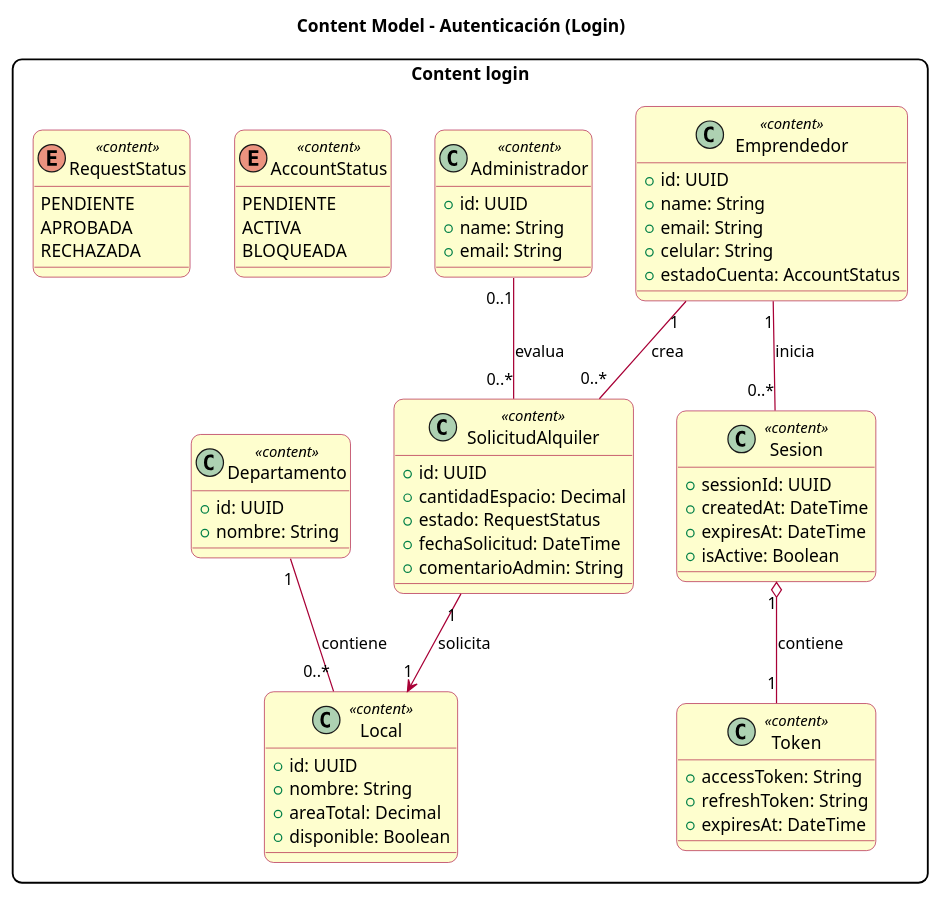
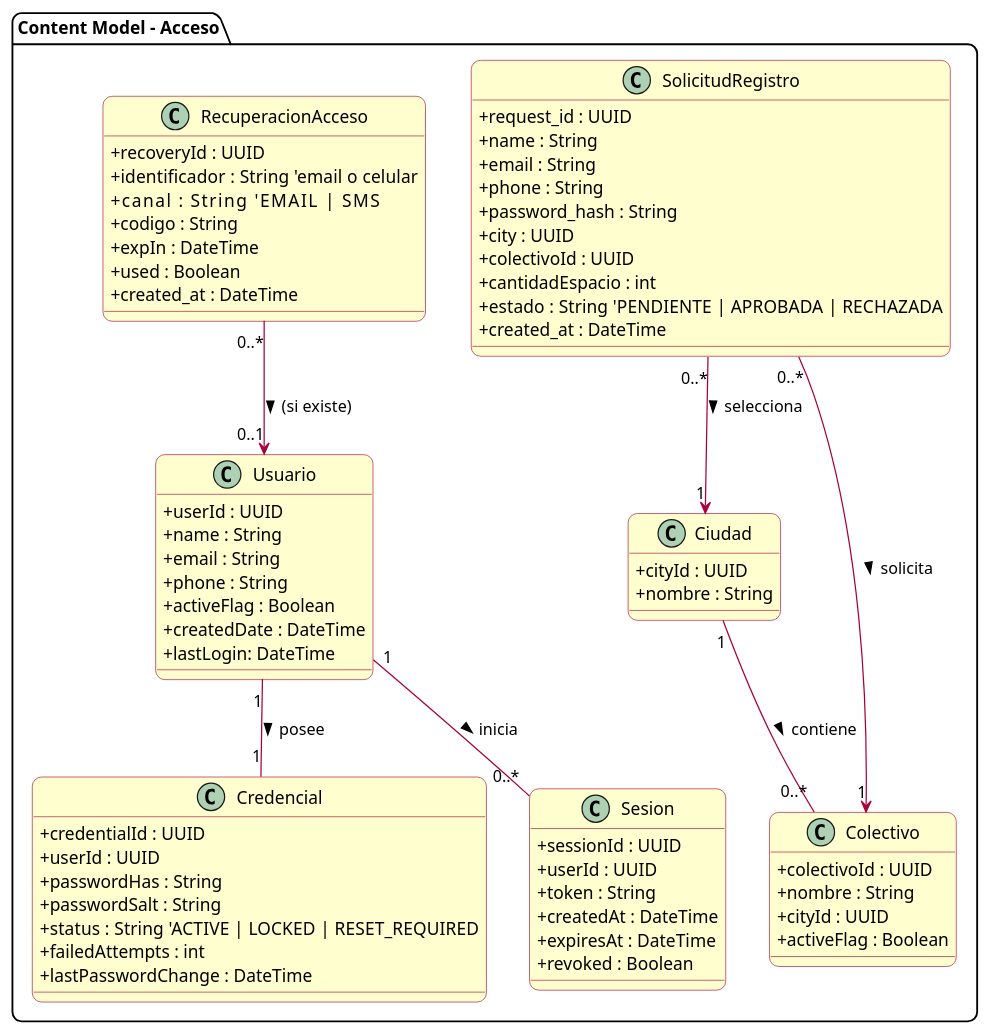
One commit to AtomicDevelopers/UWE-Tienda-Colectiva changed the diagram in Content Model/entrepenuer/login_content.puml. Above: the diagram before and after it, drawn with PlantUML. The commit also changed 6 other files, not shown here.

```diff
--- a/Content Model/entrepenuer/login_content.puml
+++ b/Content Model/entrepenuer/login_content.puml
@@ -1,91 +1,87 @@
-@startuml login_content
-title Content Model - Autenticación (Login)
+@startuml entrepreneur_login_content_model
+skinparam classAttributeIconSize 0
+skinparam shadow false
+skinparam roundCorner 15
 
-
-skinparam shadow false
-skinparam packageStyle rectangle
-skinparam roundCorner 15
 skinparam class {
   BackgroundColor #FEFECE
   BorderColor #A80036
   ArrowColor #A80036
 }
 
+package "Content Model - Acceso" {
 
-package "Content login" {
-
-  ' --- Usuarios ---
-  class "Emprendedor" as Entrepreneur <<content>> {
-    +id: UUID
-    +name: String
-    +email: String
-    +celular: String
-    +estadoCuenta: AccountStatus
+  class Usuario {
+    + userId : UUID
+    + name : String
+    + email : String
+    + phone : String
+    + activeFlag : Boolean
+    + createdDate : DateTime
+    + lastLogin: DateTime
   }
 
-  class "Administrador" as Admin <<content>> {
-    +id: UUID
-    +name: String
-    +email: String
+  class Credencial {
+    + credentialId : UUID
+    + userId : UUID
+    + passwordHas : String
+    + passwordSalt : String
+    + status : String  'ACTIVE | LOCKED | RESET_REQUIRED
+    + failedAttempts : int
+    + lastPasswordChange : DateTime
   }
 
-  enum "AccountStatus" as AccountStatus <<content>> {
-    PENDIENTE
-    ACTIVA
-    BLOQUEADA
+  class Sesion {
+    + sessionId : UUID
+    + userId : UUID
+    + token : String
+    + createdAt : DateTime
+    + expiresAt : DateTime
+    + revoked : Boolean
   }
 
-  ' --- Autenticación / Sesión ---
-  class "Sesion" as Session <<content>> {
-    +sessionId: UUID
-    +createdAt: DateTime
-    +expiresAt: DateTime
-    +isActive: Boolean
+  class SolicitudRegistro {
+    + request_id : UUID
+    + name : String
+    + email : String
+    + phone : String
+    + password_hash : String
+    + city : UUID
+    + colectivoId : UUID
+    + cantidadEspacio : int
+    + estado : String  'PENDIENTE | APROBADA | RECHAZADA
+    + created_at : DateTime
   }
 
-  class "Token" as Token <<content>> {
-    +accessToken: String
-    +refreshToken: String
-    +expiresAt: DateTime
+  class Ciudad {
+    + cityId : UUID
+    + nombre : String
   }
 
-  ' --- Ubicación / Espacios ---
-  class "Departamento" as Department <<content>> {
-    +id: UUID
-    +nombre: String
+  class Colectivo {
+    + colectivoId : UUID
+    + nombre : String
+    + cityId : UUID
+    + activeFlag : Boolean
   }
 
-  class "Local" as Local <<content>> {
-    +id: UUID
-    +nombre: String
-    +areaTotal: Decimal
-    +disponible: Boolean
+  class RecuperacionAcceso {
+    + recoveryId : UUID
+    + identificador : String  'email o celular
+    + canal : String          'EMAIL | SMS
+    + codigo : String
+    + expIn : DateTime
+    + used : Boolean
+    + created_at : DateTime
   }
 
-  ' --- Solicitud de alquiler (sale del registro) ---
-  class "SolicitudAlquiler" as RentalRequest <<content>> {
-    +id: UUID
-    +cantidadEspacio: Decimal
-    +estado: RequestStatus
-    +fechaSolicitud: DateTime
-    +comentarioAdmin: String
-  }
+  Usuario "1" -- "1" Credencial : posee >
+  Usuario "1" -- "0..*" Sesion : inicia >
 
-  enum "RequestStatus" as RequestStatus <<content>> {
-    PENDIENTE
-    APROBADA
-    RECHAZADA
-  }
+  SolicitudRegistro "0..*" --> "1" Ciudad : selecciona >
+  SolicitudRegistro "0..*" --> "1" Colectivo : solicita >
+  Ciudad "1" -- "0..*" Colectivo : contiene >
 
-  ' --- Relaciones ---
-  Entrepreneur "1" -- "0..*" Session : inicia
-  Session "1" o-- "1" Token : contiene
-
-  Department "1" -- "0..*" Local : contiene
-
-  Entrepreneur "1" -- "0..*" RentalRequest : crea
-  RentalRequest "1" --> "1" Local : solicita
-
-  Admin "0..1" -- "0..*" RentalRequest : evalua
+  RecuperacionAcceso "0..*" --> "0..1" Usuario : (si existe) >
 }
 @enduml
```
